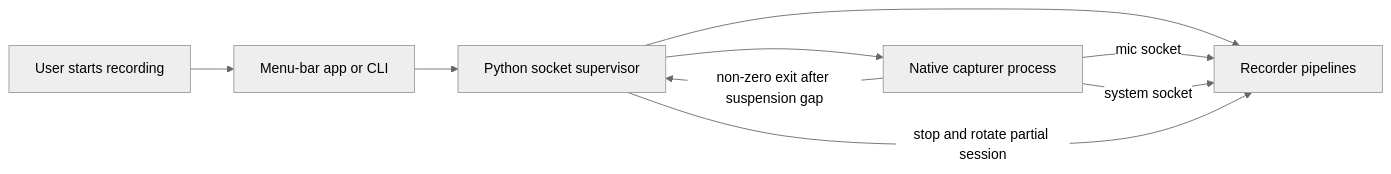
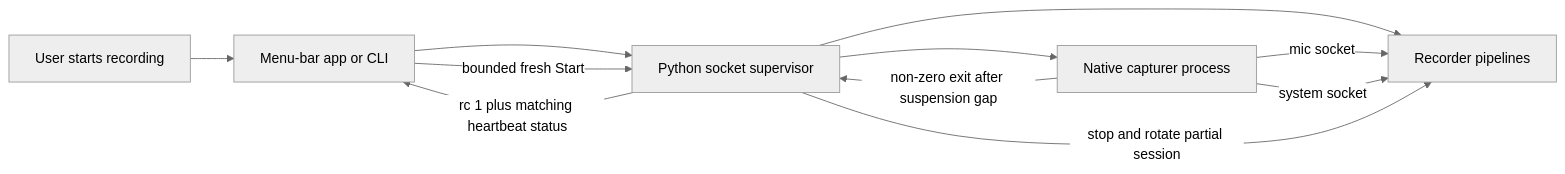
The first of 2 diagrams in docs/dev_plans/20261107-bug-capturer-system-tap-resume.md (vr000m/onoats-bot), drawn with Mermaid (neutral theme) before and after one commit. The commit also changed other lines of this file, not shown here.

````diff
--- a/docs/dev_plans/20261107-bug-capturer-system-tap-resume.md
+++ b/docs/dev_plans/20261107-bug-capturer-system-tap-resume.md
@@ -257,11 +331,13 @@
 ```mermaid
 graph LR
     U[User starts recording] --> A[Menu-bar app or CLI]
     A --> S[Python socket supervisor]
     S --> C[Native capturer process]
     S --> R[Recorder pipelines]
     C -->|mic socket| R
     C -->|system socket| R
     C -->|non-zero exit after suspension gap| S
     S -->|stop and rotate partial session| R
+    S -->|rc 1 plus matching heartbeat status| A
+    A -->|bounded fresh Start| S
 ```
````
